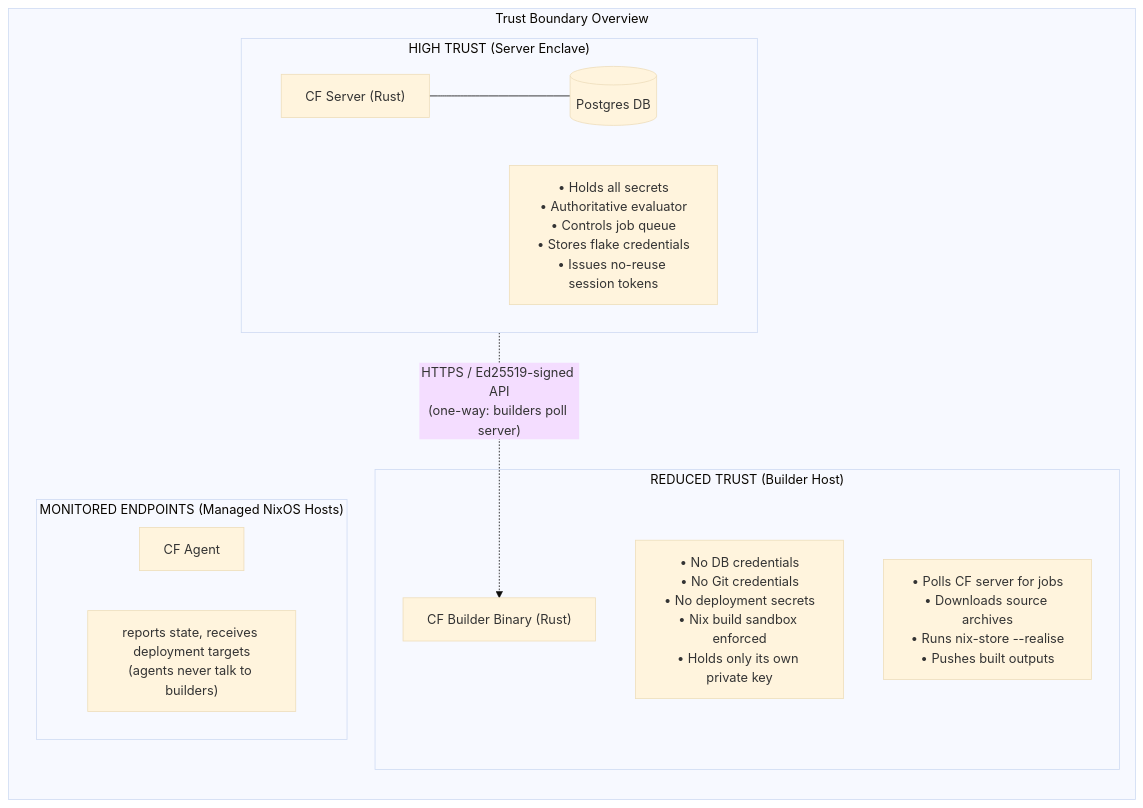
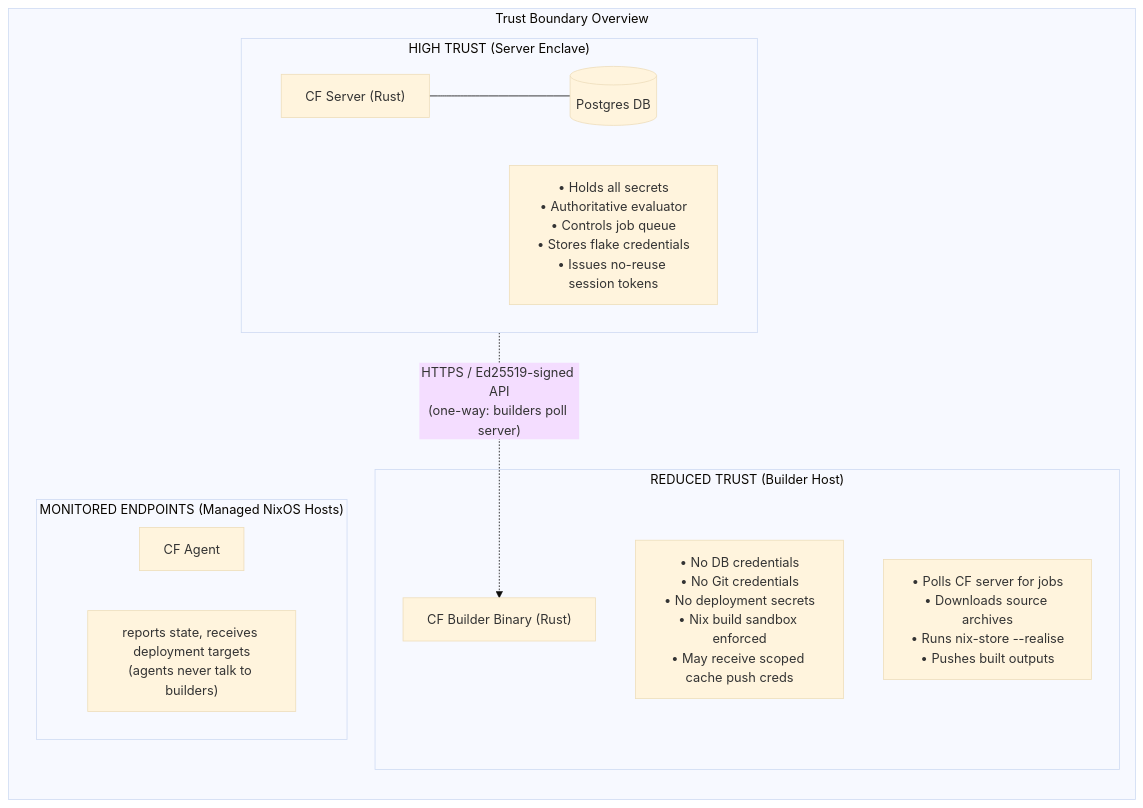
One commit to usmcamp0811/crystal-forge changed the first of 7 diagrams in docs/builder-security-architecture.md. Above: the diagram before and after it, drawn with Mermaid (base theme). The commit also changed other lines of this file and 3 other files, not shown here.

````diff
--- a/docs/builder-security-architecture.md
+++ b/docs/builder-security-architecture.md
@@ -56,43 +57,43 @@
 ```mermaid
 graph TB
     subgraph ROOT["Trust Boundary Overview"]
         direction TB
 
         subgraph HIGH["HIGH TRUST (Server Enclave)"]
             direction LR
             CF["CF Server (Rust)"]
             PG[("Postgres DB")]
             CF --- PG
 
             HIGH_NOTE1["• Holds all secrets
 • Authoritative evaluator
 • Controls job queue
 • Stores flake credentials
 • Issues no-reuse session tokens"]
         end
 
         subgraph REDUCED["REDUCED TRUST (Builder Host)"]
             B["CF Builder Binary (Rust)"]
 
             REDUCED_NOTE1["• No DB credentials
 • No Git credentials
 • No deployment secrets
 • Nix build sandbox enforced
-• Holds only its own private key"]
+• May receive scoped cache push creds"]
 
             B_DETAIL["• Polls CF server for jobs
 • Downloads source archives
 • Runs nix-store --realise
 • Pushes built outputs"]
         end
 
         subgraph MONITORED["MONITORED ENDPOINTS (Managed NixOS Hosts)"]
             A["CF Agent"]
             A_NOTE["reports state, receives deployment targets
 (agents never talk to builders)"]
         end
 
         CF -.->|"HTTPS / Ed25519-signed API
 (one-way: builders poll server)"| B
     end
 ```
````
